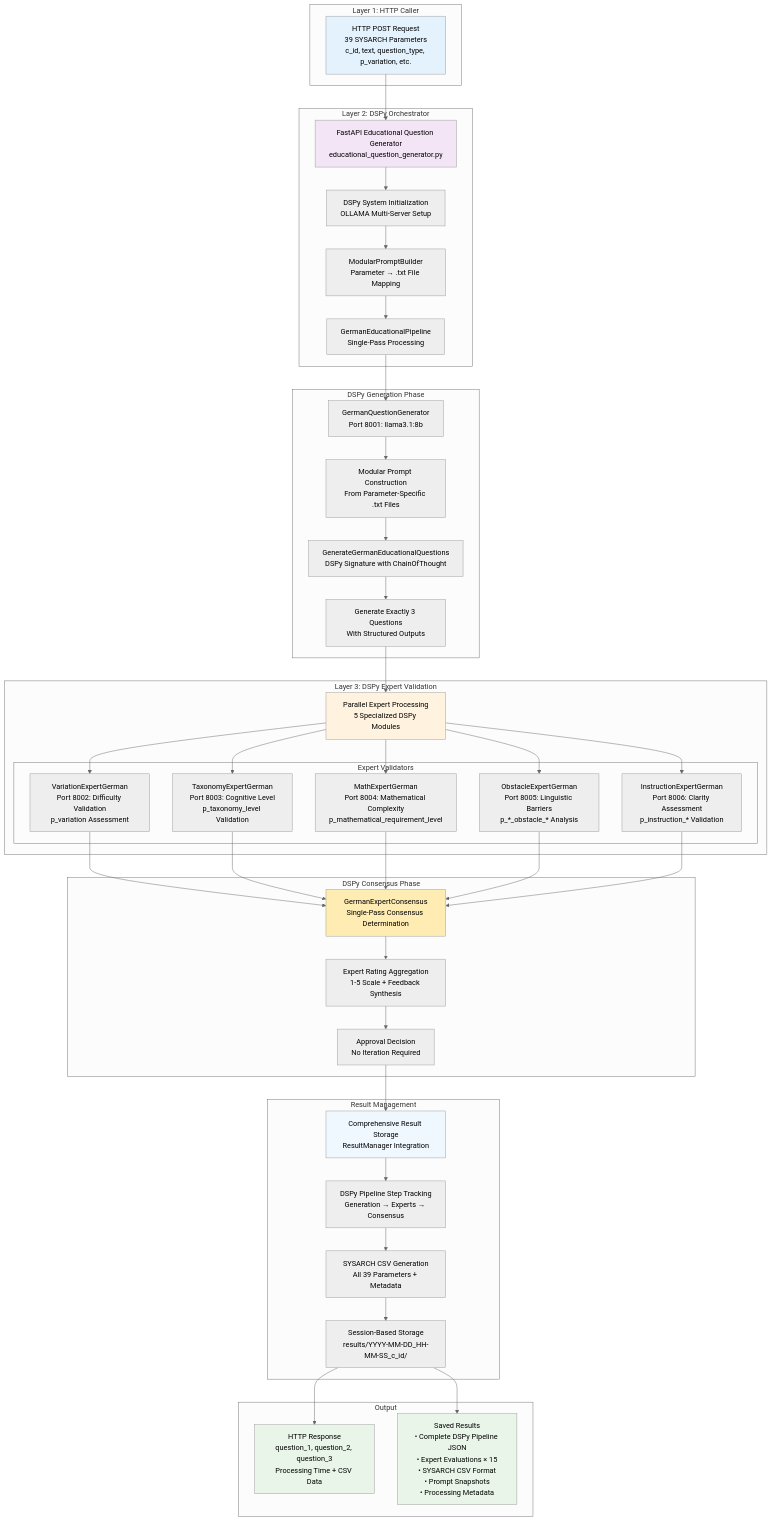
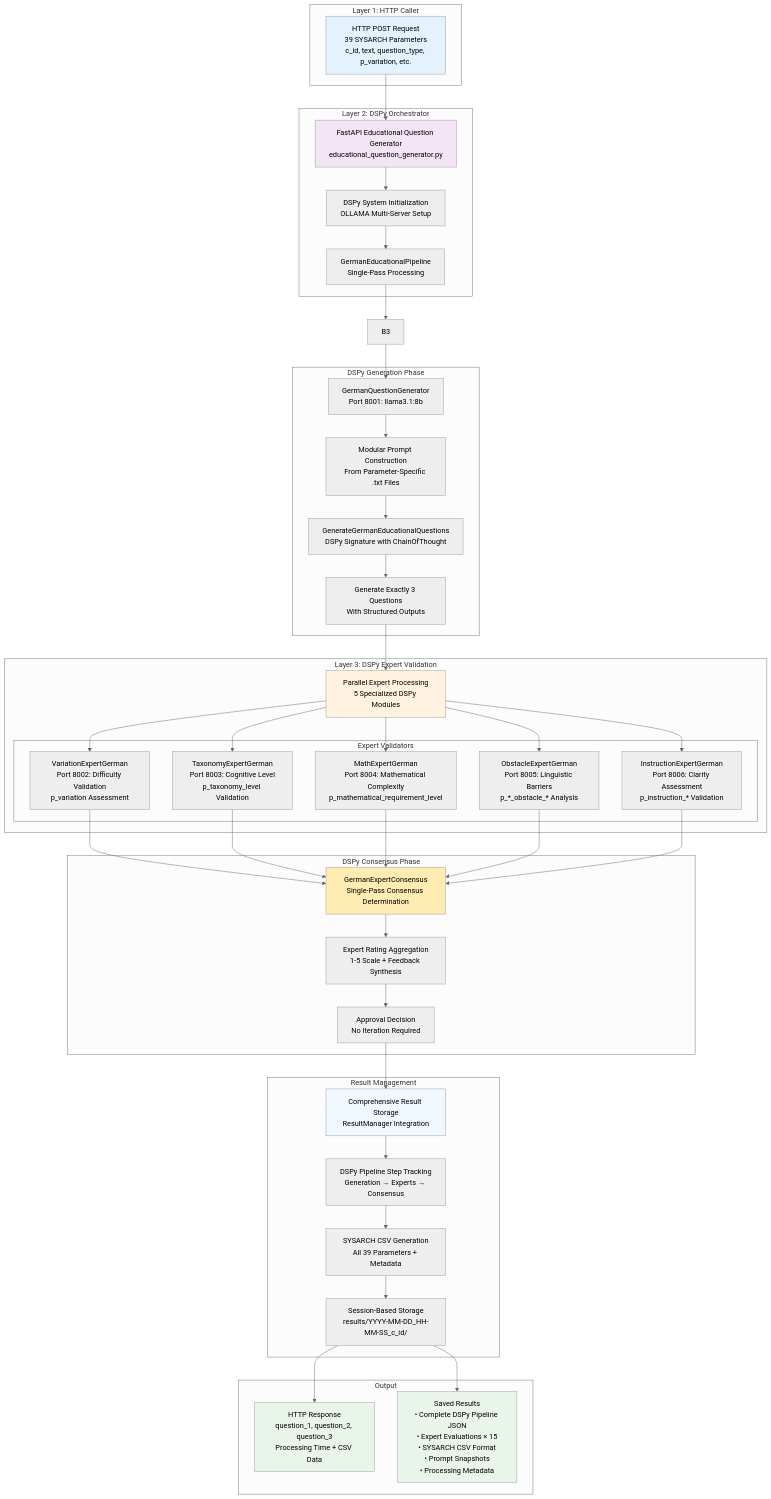
One commit to mklemmingen/ALEE changed the diagram in README.md. Above: the diagram before and after it, drawn with Mermaid (neutral theme). The commit also changed 139 other files, not shown here.

Commit message:
Update README and server log to reflect prompt file copying and DSPy pipeline steps

```diff
--- a/README.md
+++ b/README.md
@@ -25,8 +25,7 @@
     subgraph "Layer 2: DSPy Orchestrator"
         B[FastAPI Educational Question Generator<br/>educational_question_generator.py]
         B1[DSPy System Initialization<br/>OLLAMA Multi-Server Setup]
-        B2[ModularPromptBuilder<br/>Parameter → .txt File Mapping]
-        B3[GermanEducationalPipeline<br/>Single-Pass Processing]
+        B2[GermanEducationalPipeline<br/>Single-Pass Processing]
     end
     
     subgraph "DSPy Generation Phase"
```
